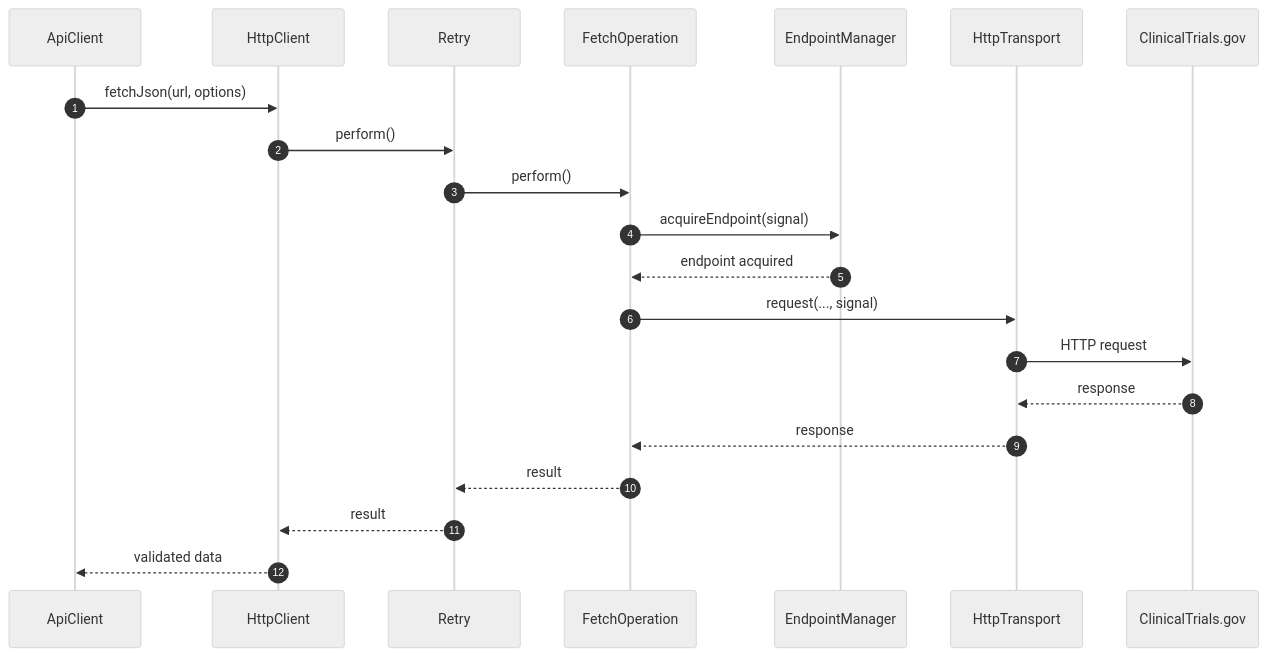
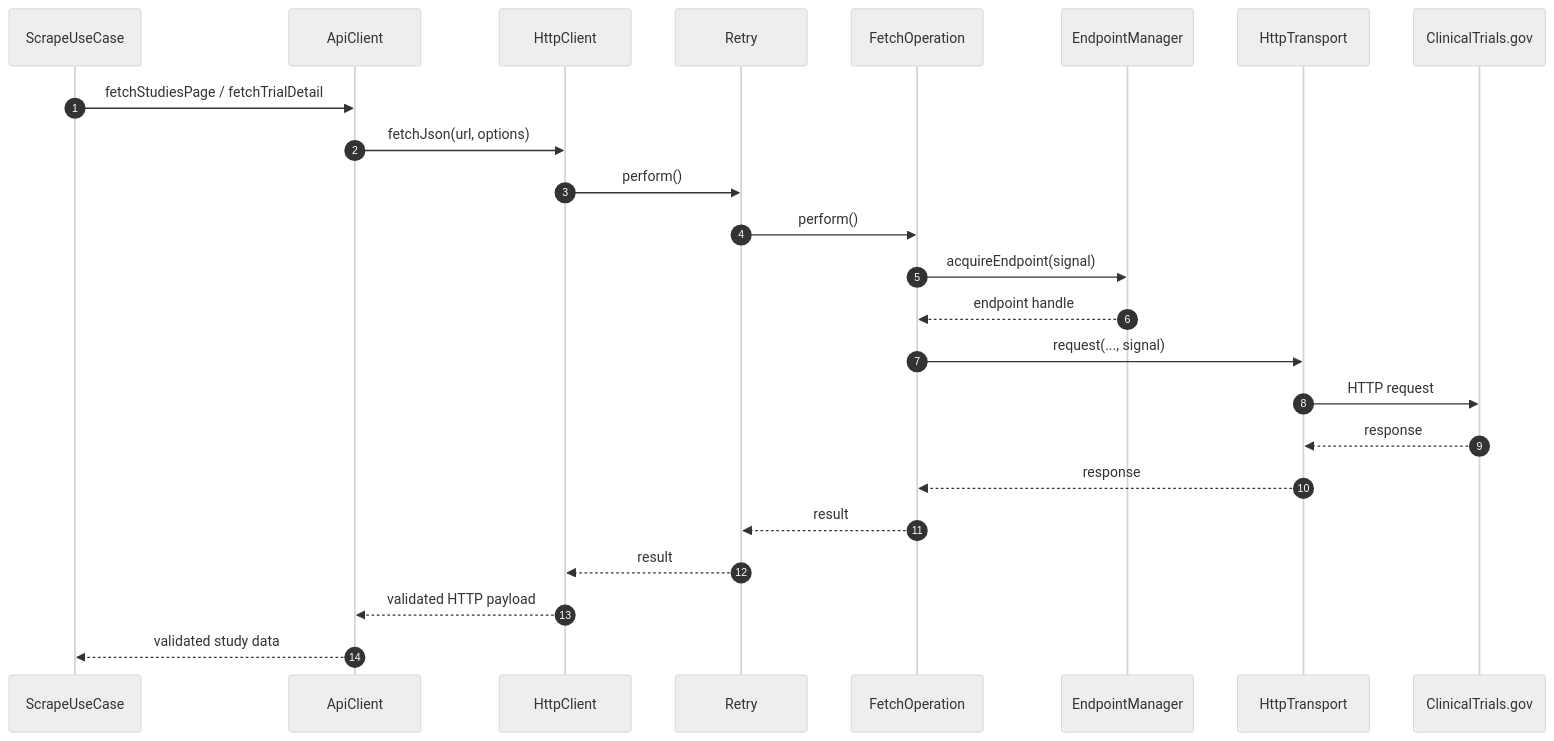
The third of 9 diagrams in README.md (Snoke19/ctgov-history-sync), drawn with Mermaid (neutral theme) before and after one commit. The commit also changed other lines of this file, not shown here.

Commit message:
docs: update README to match current architecture

````diff
--- a/README.md
+++ b/README.md
@@ -105,24 +114,27 @@
 ```mermaid
 sequenceDiagram
     autonumber
-    participant App as ApiClient
+    participant App as ScrapeUseCase
+    participant API as ApiClient
     participant HC as HttpClient
     participant R as Retry
     participant FO as FetchOperation
     participant EM as EndpointManager
     participant T as HttpTransport
-    participant API as ClinicalTrials.gov
+    participant CTG as ClinicalTrials.gov
 
-    App->>HC: fetchJson(url, options)
+    App->>API: fetchStudiesPage / fetchTrialDetail
+    API->>HC: fetchJson(url, options)
     HC->>R: perform()
     R->>FO: perform()
     FO->>EM: acquireEndpoint(signal)
-    EM-->>FO: endpoint acquired
+    EM-->>FO: endpoint handle
     FO->>T: request(..., signal)
-    T->>API: HTTP request
-    API-->>T: response
+    T->>CTG: HTTP request
+    CTG-->>T: response
     T-->>FO: response
     FO-->>R: result
     R-->>HC: result
-    HC-->>App: validated data
+    HC-->>API: validated HTTP payload
+    API-->>App: validated study data
 ```
````
